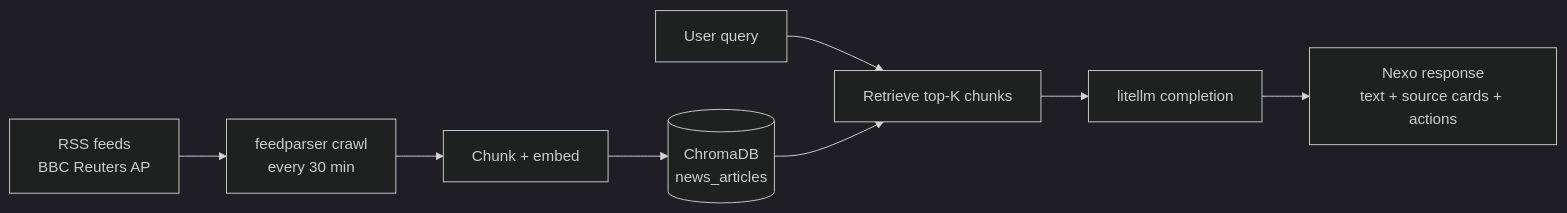
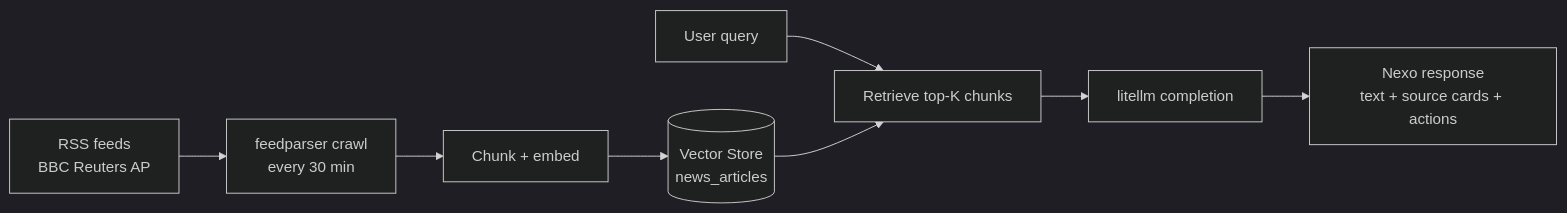
The first of 6 diagrams in docs/examples-showcase.md (The-Wordlab/luzia-nexo-api), drawn with Mermaid (dark theme) before and after one commit. The commit also changed other lines of this file and 28 other files, not shown here.

````diff
--- a/docs/examples-showcase.md
+++ b/docs/examples-showcase.md
@@ -19,10 +24,10 @@
 ```mermaid
 flowchart LR
     A[RSS feeds<br/>BBC Reuters AP] --> B[feedparser crawl<br/>every 30 min]
     B --> C[Chunk + embed]
-    C --> D[(ChromaDB<br/>news_articles)]
+    C --> D[(Vector Store<br/>news_articles)]
     U[User query] --> E[Retrieve top-K chunks]
     D --> E
     E --> F[litellm completion]
     F --> G[Nexo response<br/>text + source cards + actions]
 ```
````
